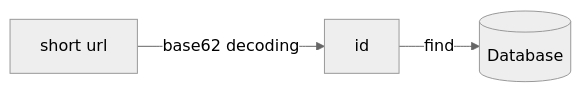
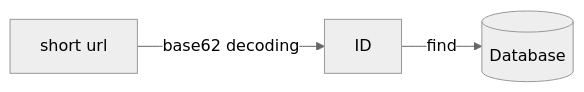
The third of 4 diagrams in backlog/URL Shortener.md (songkg7/haril-vault), drawn with Mermaid (neutral theme) before and after one commit. The commit also changed other lines of this file and 1 other file, not shown here.

````diff
--- a/backlog/URL Shortener.md
+++ b/backlog/URL Shortener.md
@@ -117,5 +117,5 @@
 ```mermaid
 flowchart LR
-    surl[short url] --base62 decoding--> id
-    id --find--> db[(Database)]
+    surl[short url] --base62 decoding--> ID
+    ID --find--> db[(Database)]
 ```
````
